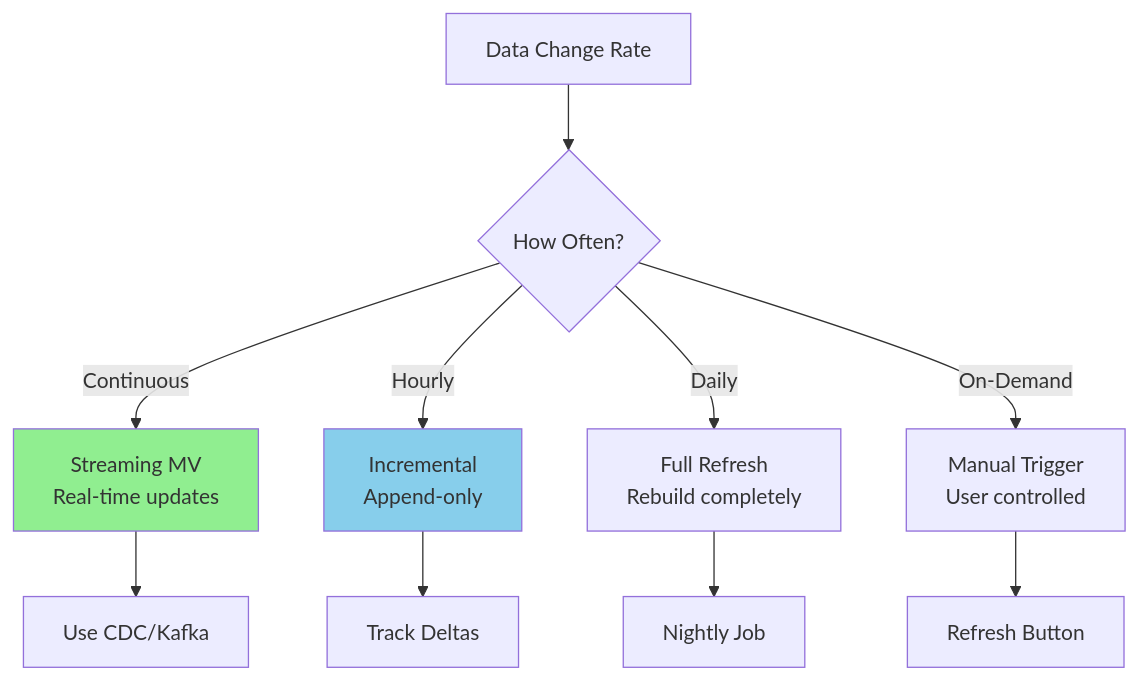
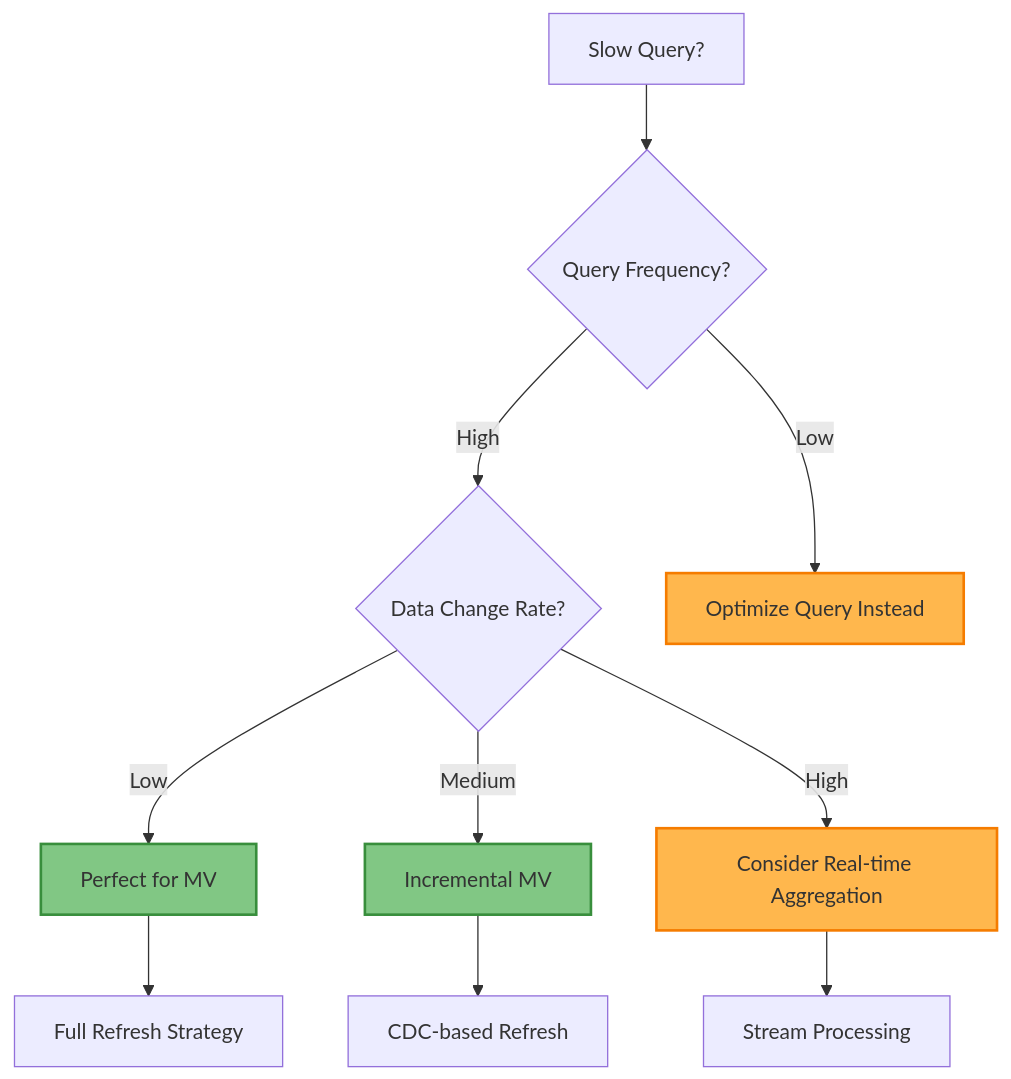
The sixth of 8 diagrams in docs/pattern-library/data-management/materialized-view.md (deepaucksharma/DStudio), drawn with Mermaid before and after one commit. The commit also changed other lines of this file and 5 other files, not shown here.

````diff
--- a/docs/pattern-library/data-management/materialized-view.md
+++ b/docs/pattern-library/data-management/materialized-view.md
@@ -129,17 +335,20 @@
 ```mermaid
 graph TD
-    Start[Data Change Rate] --> Rate{How Often?}
+    A[Slow Query?] --> B{Query Frequency?}
+    B -->|High| C{Data Change Rate?}
+    B -->|Low| D[Optimize Query Instead]
     
-    Rate -->|Continuous| Stream[Streaming MV<br/>Real-time updates]
-    Rate -->|Hourly| Incr[Incremental<br/>Append-only]
-    Rate -->|Daily| Full[Full Refresh<br/>Rebuild completely]
-    Rate -->|On-Demand| Manual[Manual Trigger<br/>User controlled]
+    C -->|Low| E[Perfect for MV]
+    C -->|Medium| F[Incremental MV]
+    C -->|High| G[Consider Real-time Aggregation]
     
-    Stream --> CDC[Use CDC/Kafka]
-    Incr --> Delta[Track Deltas]
-    Full --> Schedule[Nightly Job]
-    Manual --> Button[Refresh Button]
+    E --> H[Full Refresh Strategy]
+    F --> I[CDC-based Refresh]
+    G --> J[Stream Processing]
     
-    style Stream fill:#90EE90
-    style Incr fill:#87CEEB
+    classDef recommended fill:#81c784,stroke:#388e3c,stroke-width:2px
+    classDef caution fill:#ffb74d,stroke:#f57c00,stroke-width:2px
+    
+    class E,F recommended
+    class G,D caution
 ```
````
